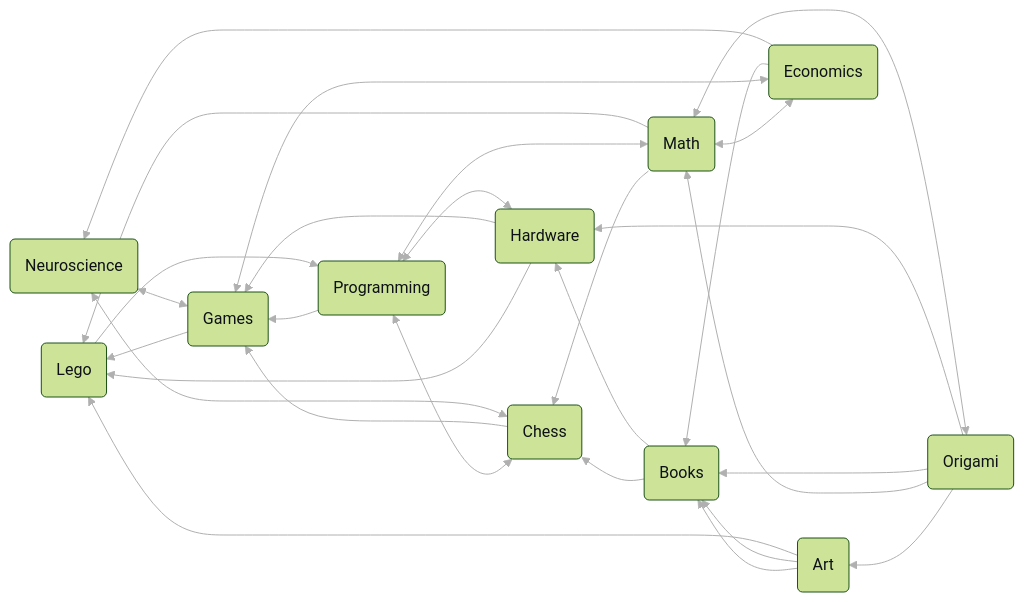
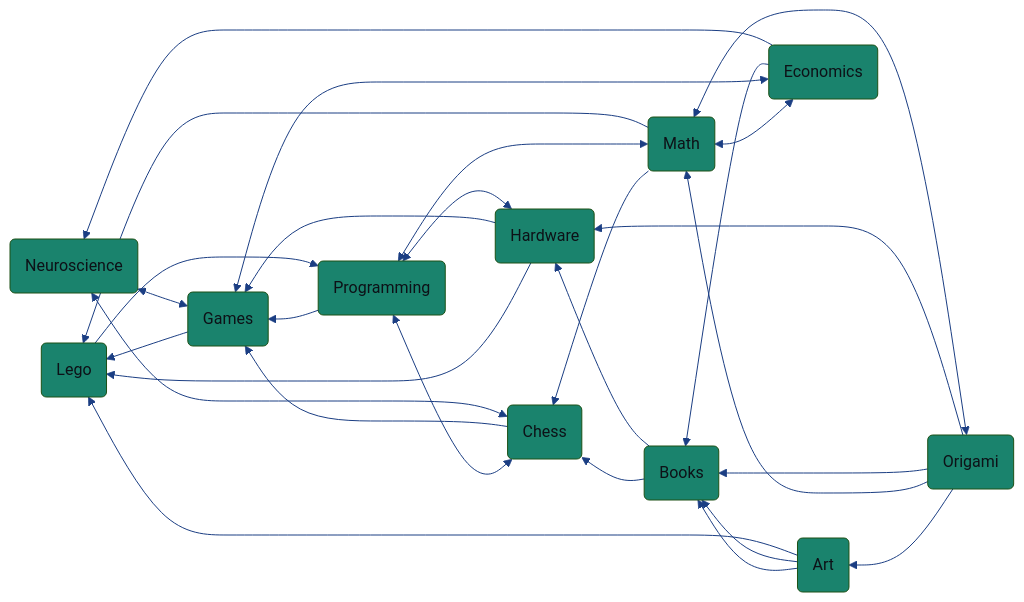
The diagram in README.md (Rockroyal305/Rockroyal305), drawn with Mermaid before and after one commit.

````diff
--- a/README.md
+++ b/README.md
@@ -5,37 +5,37 @@
 ```mermaid
 %%{
   init: {
     'theme': 'base',
     'themeVariables': {
-      'primaryColor': '#CDE498',
+      'primaryColor': '#1A836D',
       'primaryTextColor': '#0D1117',
       'primaryBorderColor': '#1D5116',
-      'lineColor': '#B0B0B0',
+      'lineColor': '#1B3E83',
       'secondaryColor': '#093F42',
       'tertiaryColor': '#B0B0B0'
     }
   }
 }%%
   flowchart RL;
     M(Math) --> C(Chess)
     M <--> P(Programming)
     C <--> P
     C & P --> G(Games)
     B(Books)
     A(Art) --> B
     A --> B
     E(Economics) <--> M & G
     B --> C
     E --> B
     A & M & G --> L(Lego)
     L --> P
     H(Hardware) --> L & G
     H <--> P
     B --> H
     C <--> N(Neuroscience)
     G <--> N
     E --> N
     O(Origami) --> A
     O --> M & B & H
     O <--> M
 ```
````
